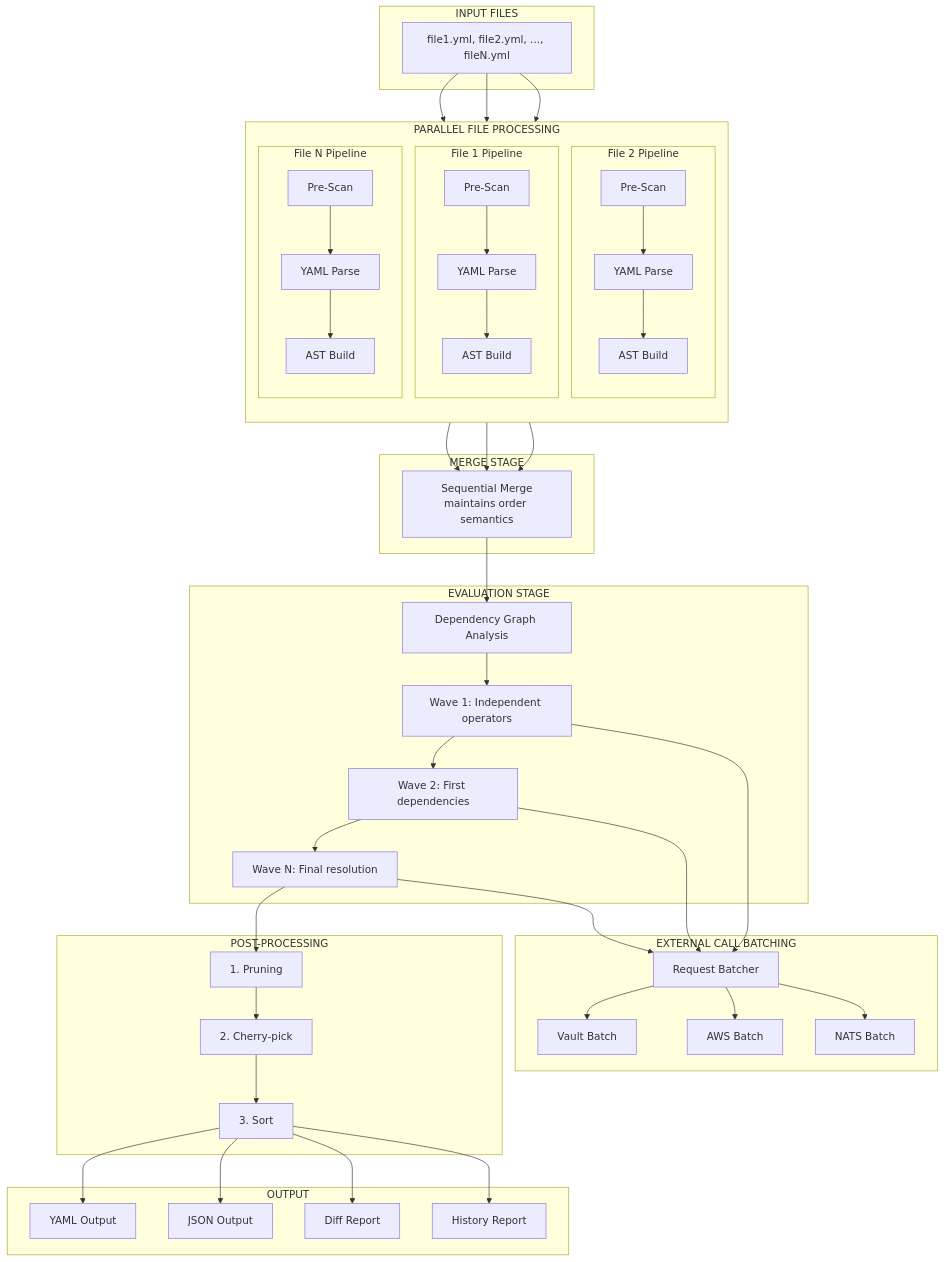
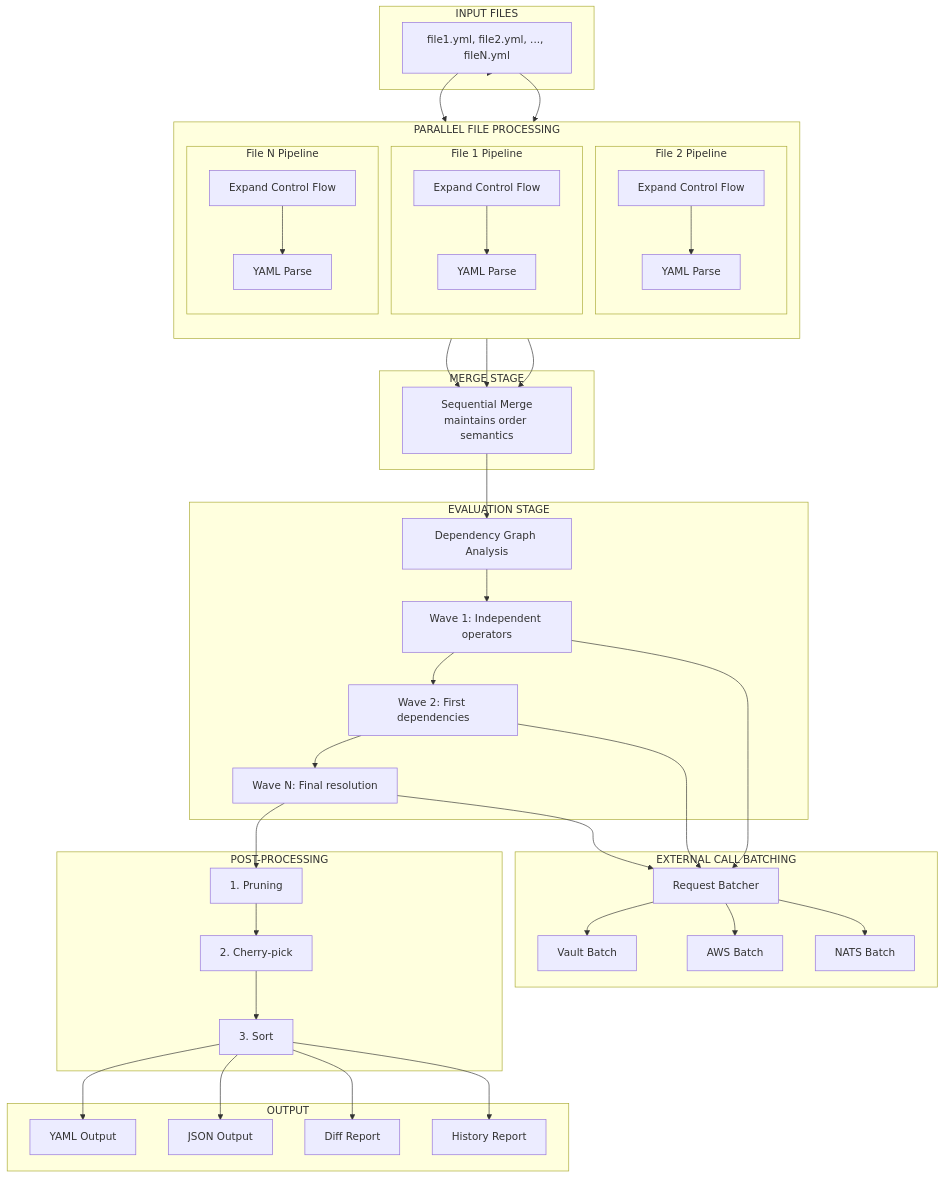
One commit to fivetwenty-io/graft changed the first of 2 diagrams in docs/architecture/pipeline.md. Above: the diagram before and after it, drawn with Mermaid. The commit also changed other lines of this file and 38 other files, not shown here.

````diff
--- a/docs/architecture/pipeline.md
+++ b/docs/architecture/pipeline.md
@@ -7,74 +13,71 @@
 ```mermaid
 flowchart TB
     subgraph INPUT["INPUT FILES"]
         FILES["file1.yml, file2.yml, ..., fileN.yml"]
     end
 
     subgraph PARALLEL_FILE["PARALLEL FILE PROCESSING"]
         direction TB
 
         subgraph FILE1["File 1 Pipeline"]
-            PS1[Pre-Scan]
+            PS1[Expand Control Flow]
             YP1[YAML Parse]
-            AST1[AST Build]
-            PS1 --> YP1 --> AST1
+            PS1 --> YP1
         end
 
         subgraph FILE2["File 2 Pipeline"]
-            PS2[Pre-Scan]
+            PS2[Expand Control Flow]
             YP2[YAML Parse]
-            AST2[AST Build]
-            PS2 --> YP2 --> AST2
+            PS2 --> YP2
         end
 
         subgraph FILEN["File N Pipeline"]
-            PSN[Pre-Scan]
+            PSN[Expand Control Flow]
             YPN[YAML Parse]
-            ASTN[AST Build]
-            PSN --> YPN --> ASTN
+            PSN --> YPN
         end
     end
 
     subgraph MERGE["MERGE STAGE"]
         COMBINE[Sequential Merge<br/>maintains order semantics]
     end
 
     subgraph EVAL["EVALUATION STAGE"]
         DEPGRAPH["Dependency Graph Analysis"]
         WAVE1["Wave 1: Independent operators"]
         WAVE2["Wave 2: First dependencies"]
         WAVEN["Wave N: Final resolution"]
         DEPGRAPH --> WAVE1 --> WAVE2 --> WAVEN
     end
 
     subgraph BATCH["EXTERNAL CALL BATCHING"]
         BATCHER[Request Batcher]
         VAULT_B[Vault Batch]
         AWS_B[AWS Batch]
         NATS_B[NATS Batch]
         BATCHER --> VAULT_B
         BATCHER --> AWS_B
         BATCHER --> NATS_B
     end
 
     subgraph POST["POST-PROCESSING"]
         PRUNE[1. Pruning]
         CHERRY[2. Cherry-pick]
         SORT[3. Sort]
         PRUNE --> CHERRY --> SORT
     end
 
     subgraph OUTPUT["OUTPUT"]
         YAML_OUT[YAML Output]
         JSON_OUT[JSON Output]
         DIFF_OUT[Diff Report]
         HIST_OUT[History Report]
     end
 
     FILES --> FILE1 & FILE2 & FILEN
-    AST1 & AST2 & ASTN --> COMBINE
+    YP1 & YP2 & YPN --> COMBINE
     COMBINE --> DEPGRAPH
     WAVE1 & WAVE2 & WAVEN --> BATCHER
     WAVEN --> PRUNE
     SORT --> YAML_OUT & JSON_OUT & DIFF_OUT & HIST_OUT
 ```
````
